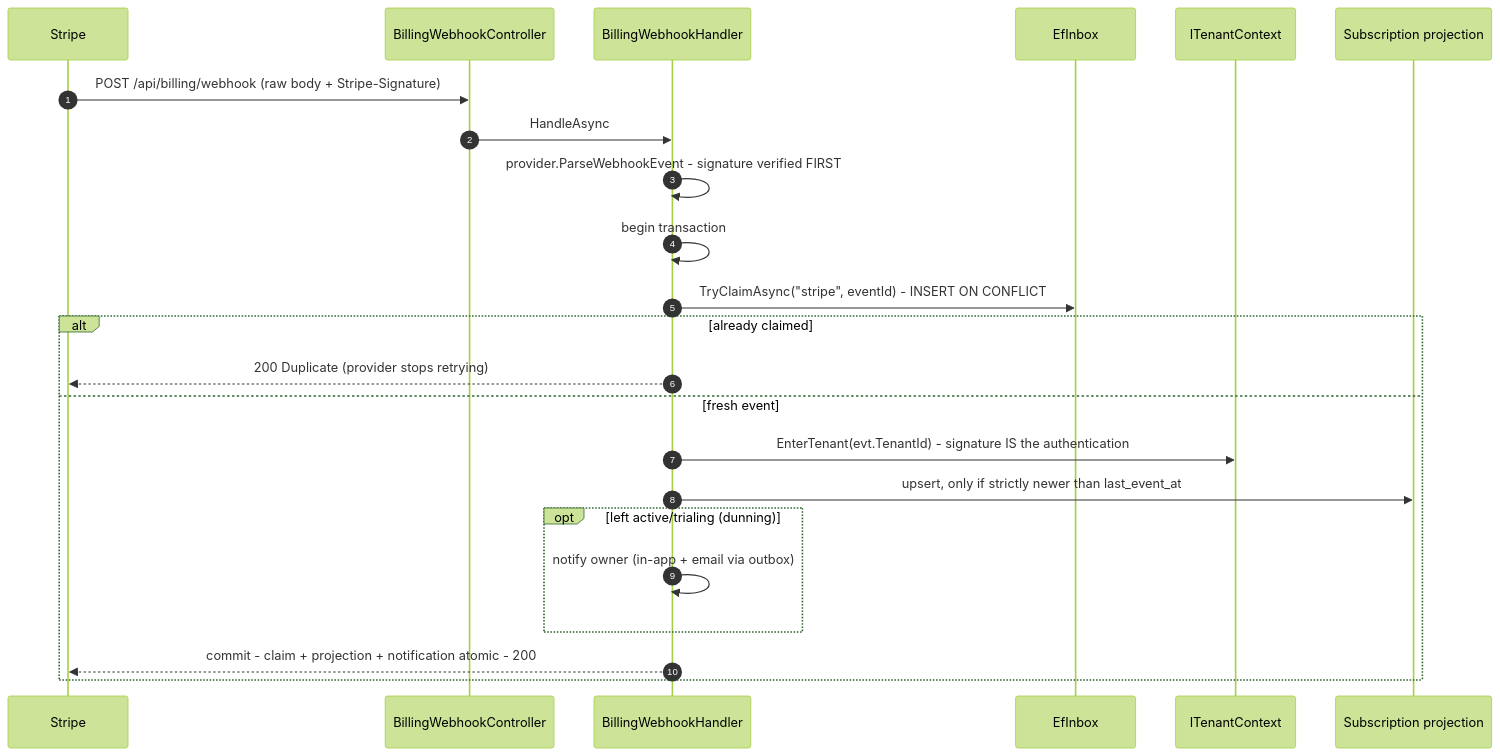
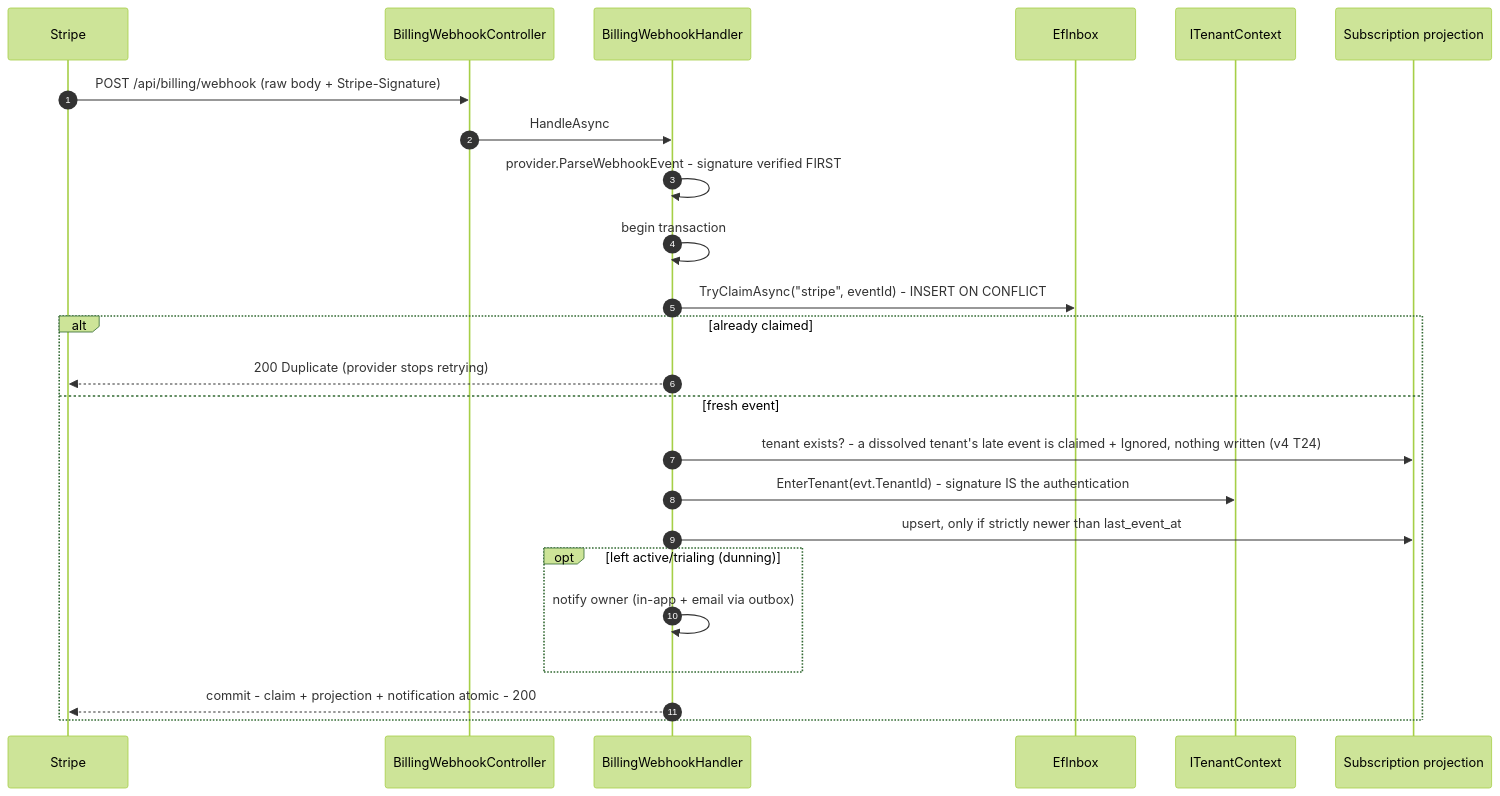
Before and after one commit to argamboad/vuelto: the eighth of 11 diagrams in docs/FLOWS.md, drawn with Mermaid (forest theme). The commit also changed 5 other files, not shown here.

````diff
--- a/docs/FLOWS.md
+++ b/docs/FLOWS.md
@@ -284,25 +284,26 @@
 ```mermaid
 sequenceDiagram
     autonumber
     participant S as Stripe
     participant WC as BillingWebhookController
     participant WH as BillingWebhookHandler
     participant IB as EfInbox
     participant TC as ITenantContext
     participant DB as Subscription projection
     S->>WC: POST /api/billing/webhook (raw body + Stripe-Signature)
     WC->>WH: HandleAsync
     WH->>WH: provider.ParseWebhookEvent - signature verified FIRST
     WH->>WH: begin transaction
     WH->>IB: TryClaimAsync("stripe", eventId) - INSERT ON CONFLICT
     alt already claimed
         WH-->>S: 200 Duplicate (provider stops retrying)
     else fresh event
+        WH->>DB: tenant exists? - a dissolved tenant's late event is claimed + Ignored, nothing written (v4 T24)
         WH->>TC: EnterTenant(evt.TenantId) - signature IS the authentication
         WH->>DB: upsert, only if strictly newer than last_event_at
         opt left active/trialing (dunning)
             WH->>WH: notify owner (in-app + email via outbox)
         end
         WH-->>S: commit - claim + projection + notification atomic - 200
     end
 ```
````
